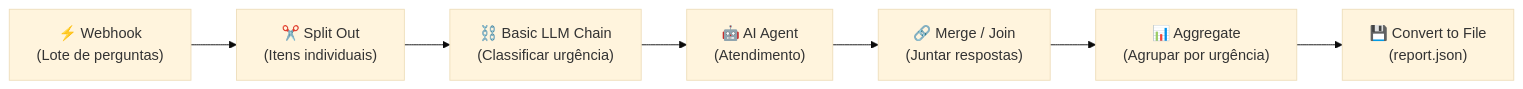
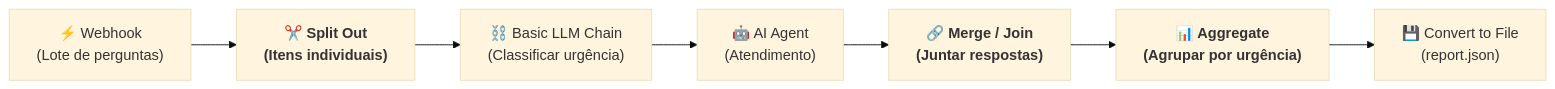
The diagram in pages/n8n/slide-etapa6.md (jcguimaraesnet/course-intelligent-agents), drawn with Mermaid (base theme) before and after one commit. The commit also changed other lines of this file and 1 other file, not shown here.

````diff
--- a/pages/n8n/slide-etapa6.md
+++ b/pages/n8n/slide-etapa6.md
@@ -21,9 +21,12 @@
 ```mermaid {theme: 'dark'}
 flowchart LR
     A["⚡ Webhook<br/>(Lote de perguntas)"] --> B["✂️ Split Out<br/>(Itens individuais)"]
     B --> C["⛓️ Basic LLM Chain<br/>(Classificar urgência)"]
     C --> E["🤖 AI Agent<br/>(Atendimento)"]
     E --> H["🔗 Merge / Join<br/>(Juntar respostas)"]
     H --> I["📊 Aggregate<br/>(Agrupar por urgência)"]
     I --> J["💾 Convert to File<br/>(report.json)"]
+style B fill:stroke:#f59e0b,font-weight:bold
+style H fill:stroke:#f59e0b,font-weight:bold
+style I fill:stroke:#f59e0b,font-weight:bold
 ```
````
